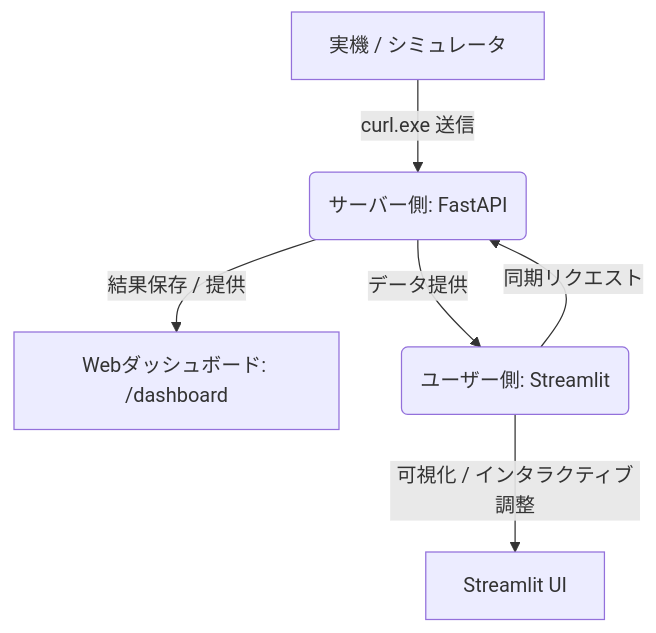
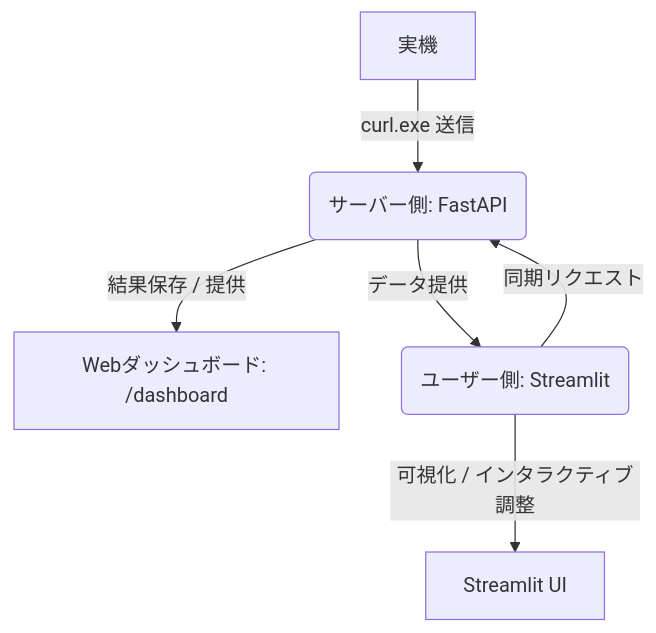
One commit to miyahara046/pid_adjust changed the diagram in README.md. Above: the diagram before and after it, drawn with Mermaid. The commit also changed other lines of this file, not shown here.

````diff
--- a/README.md
+++ b/README.md
@@ -12,8 +12,8 @@
 ```mermaid
 graph TD
-    A[実機 / シミュレータ] -- curl.exe 送信 --> B(サーバー側: FastAPI)
+    A[実機] -- curl.exe 送信 --> B(サーバー側: FastAPI)
     B -- 結果保存 / 提供 --> C[Webダッシュボード: /dashboard]
     B -- データ提供 --> D(ユーザー側: Streamlit)
     D -- 同期リクエスト --> B
     D -- 可視化 / インタラクティブ調整 --> E[Streamlit UI]
 ```
````
